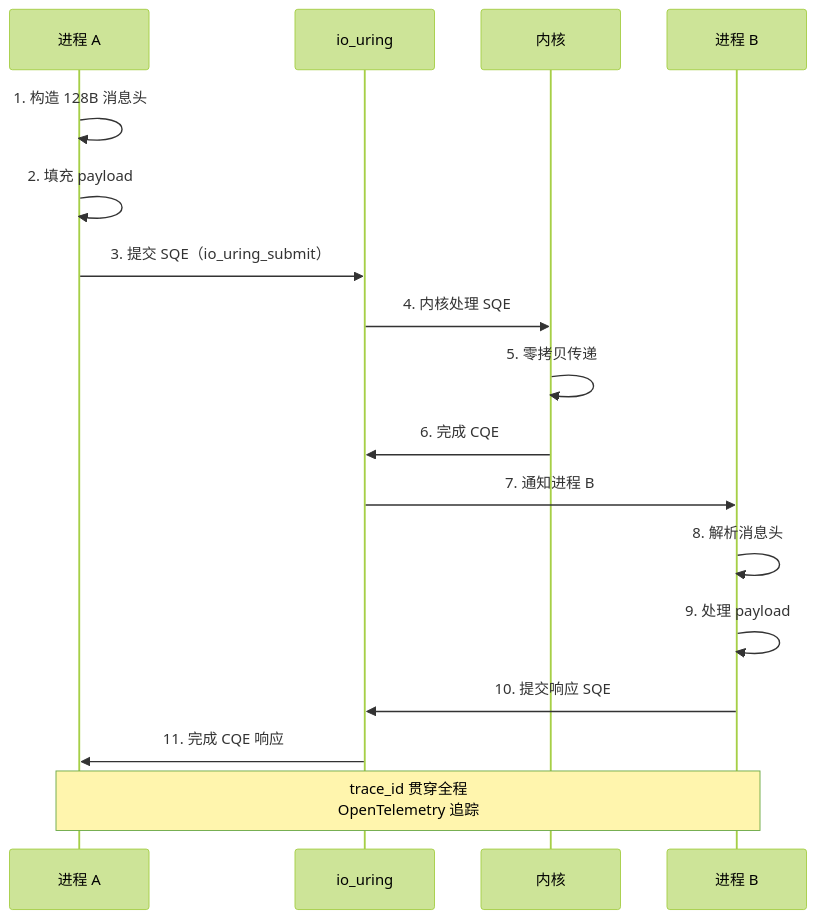
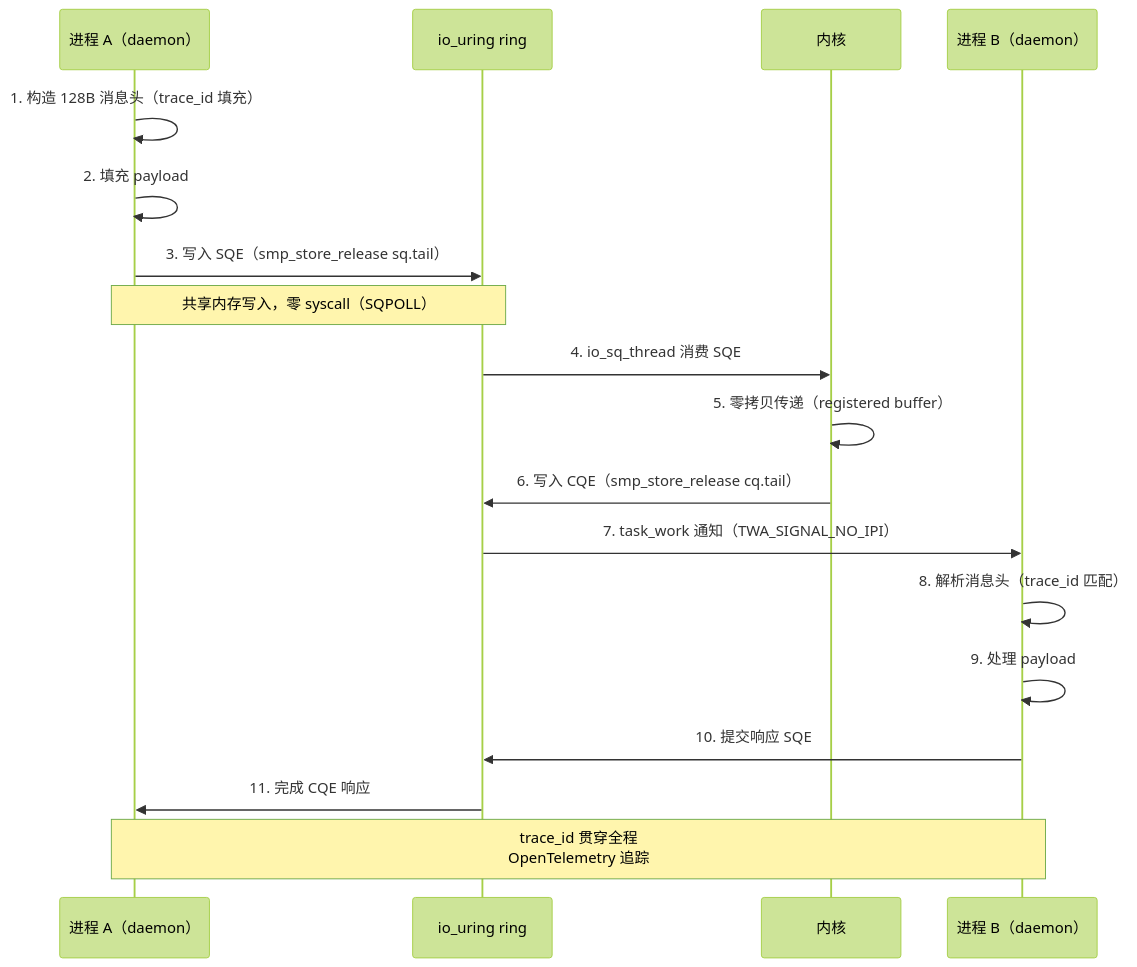
Before and after one commit to openairymax/docs: the first of 8 diagrams in AirymaxAgentOS/40-dataflows/03-ipc-flow.md, drawn with Mermaid (forest theme). The commit also changed other lines of this file and 31 other files, not shown here.

````diff
--- a/AirymaxAgentOS/40-dataflows/03-ipc-flow.md
+++ b/AirymaxAgentOS/40-dataflows/03-ipc-flow.md
@@ -37,21 +104,22 @@
 ```mermaid
 sequenceDiagram
-    participant A as 进程 A
-    participant U as io_uring
+    participant A as 进程 A（daemon）
+    participant U as io_uring ring
     participant K as 内核
-    participant B as 进程 B
-    
-    A->>A: 1. 构造 128B 消息头
+    participant B as 进程 B（daemon）
+
+    A->>A: 1. 构造 128B 消息头（trace_id 填充）
     A->>A: 2. 填充 payload
-    A->>U: 3. 提交 SQE（io_uring_submit）
-    U->>K: 4. 内核处理 SQE
-    K->>K: 5. 零拷贝传递
-    K->>U: 6. 完成 CQE
-    U->>B: 7. 通知进程 B
-    B->>B: 8. 解析消息头
+    A->>U: 3. 写入 SQE（smp_store_release sq.tail）
+    Note over A,U: 共享内存写入，零 syscall（SQPOLL）
+    U->>K: 4. io_sq_thread 消费 SQE
+    K->>K: 5. 零拷贝传递（registered buffer）
+    K->>U: 6. 写入 CQE（smp_store_release cq.tail）
+    U->>B: 7. task_work 通知（TWA_SIGNAL_NO_IPI）
+    B->>B: 8. 解析消息头（trace_id 匹配）
     B->>B: 9. 处理 payload
     B->>U: 10. 提交响应 SQE
     U->>A: 11. 完成 CQE 响应
-    
+
     Note over A,B: trace_id 贯穿全程<br/>OpenTelemetry 追踪
 ```
````
